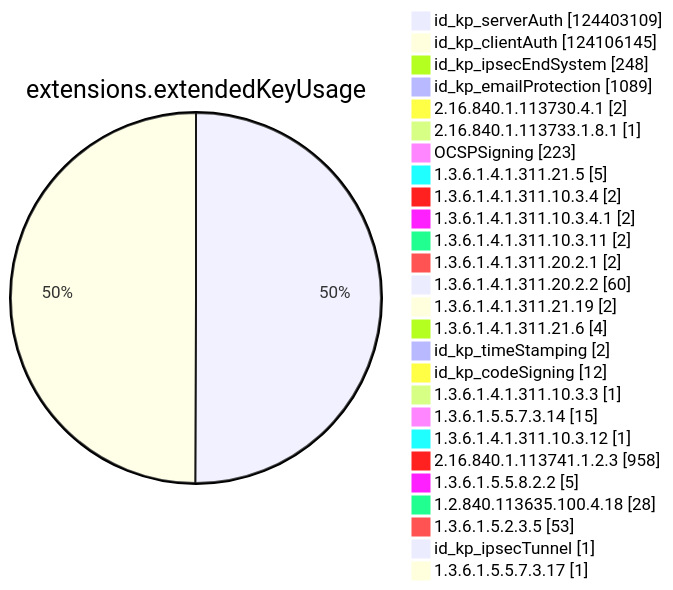
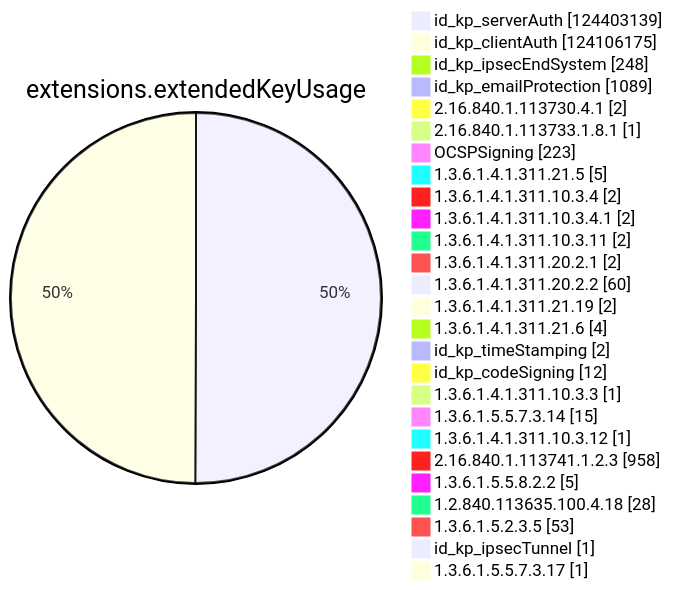
Before and after one commit to christiankrug/ctmonitor_visualization: diagram 11 of 15 in xenon2023/README.md, drawn with Mermaid. The commit also changed other lines of this file, not shown here.

````diff
--- a/xenon2023/README.md
+++ b/xenon2023/README.md
@@ -2701,30 +2701,30 @@
 ```mermaid
 pie showData
 title extensions.extendedKeyUsage
-"id_kp_serverAuth" :124403109
-"id_kp_clientAuth" :124106145
+"id_kp_serverAuth" :124403139
+"id_kp_clientAuth" :124106175
 "id_kp_ipsecEndSystem" :248
 "id_kp_emailProtection" :1089
 "2.16.840.1.113730.4.1" :2
 "2.16.840.1.113733.1.8.1" :1
 "OCSPSigning" :223
 "1.3.6.1.4.1.311.21.5" :5
 "1.3.6.1.4.1.311.10.3.4" :2
 "1.3.6.1.4.1.311.10.3.4.1" :2
 "1.3.6.1.4.1.311.10.3.11" :2
 "1.3.6.1.4.1.311.20.2.1" :2
 "1.3.6.1.4.1.311.20.2.2" :60
 "1.3.6.1.4.1.311.21.19" :2
 "1.3.6.1.4.1.311.21.6" :4
 "id_kp_timeStamping" :2
 "id_kp_codeSigning" :12
 "1.3.6.1.4.1.311.10.3.3" :1
 "1.3.6.1.5.5.7.3.14" :15
 "1.3.6.1.4.1.311.10.3.12" :1
 "2.16.840.1.113741.1.2.3" :958
 "1.3.6.1.5.5.8.2.2" :5
 "1.2.840.113635.100.4.18" :28
 "1.3.6.1.5.2.3.5" :53
 "id_kp_ipsecTunnel" :1
 "1.3.6.1.5.5.7.3.17" :1
 ```
````
